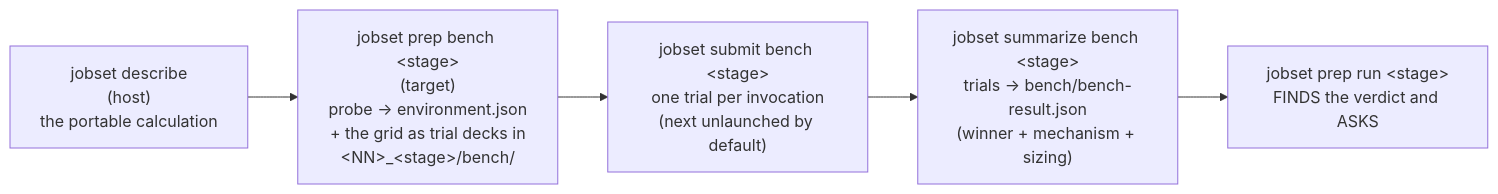
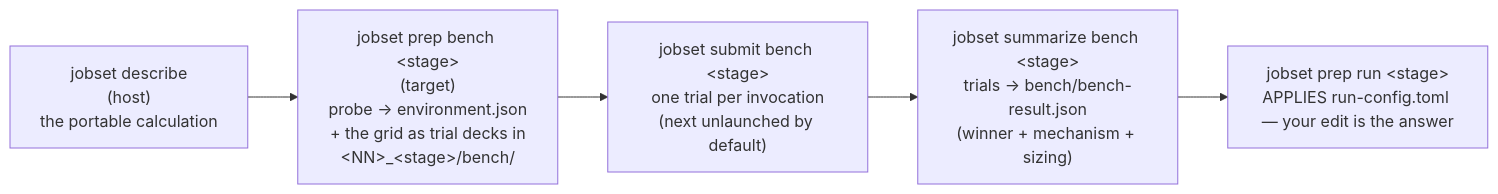
Before and after one commit to Qing-LAB/molbuilder: the ninth of 9 diagrams in docs/execution/job-system.md, drawn with Mermaid. The commit also changed 18 other files, not shown here.

````diff
--- a/docs/execution/job-system.md
+++ b/docs/execution/job-system.md
@@ -1151,9 +1151,9 @@
 ```mermaid
 flowchart LR
     D["jobset describe<br/>(host)<br/>the portable calculation"]
     P["jobset prep bench &lt;stage&gt;<br/>(target)<br/>probe → environment.json<br/>+ the grid as trial decks in<br/>&lt;NN&gt;_&lt;stage&gt;/bench/"]
     R["jobset submit bench &lt;stage&gt;<br/>one trial per invocation<br/>(next unlaunched by default)"]
     S["jobset summarize bench &lt;stage&gt;<br/>trials → bench/bench-result.json<br/>(winner + mechanism + sizing)"]
-    PR["jobset prep run &lt;stage&gt;<br/>FINDS the verdict and ASKS"]
+    PR["jobset prep run &lt;stage&gt;<br/>APPLIES run-config.toml — your edit is the answer"]
     D --> P --> R --> S --> PR
 ```
````
